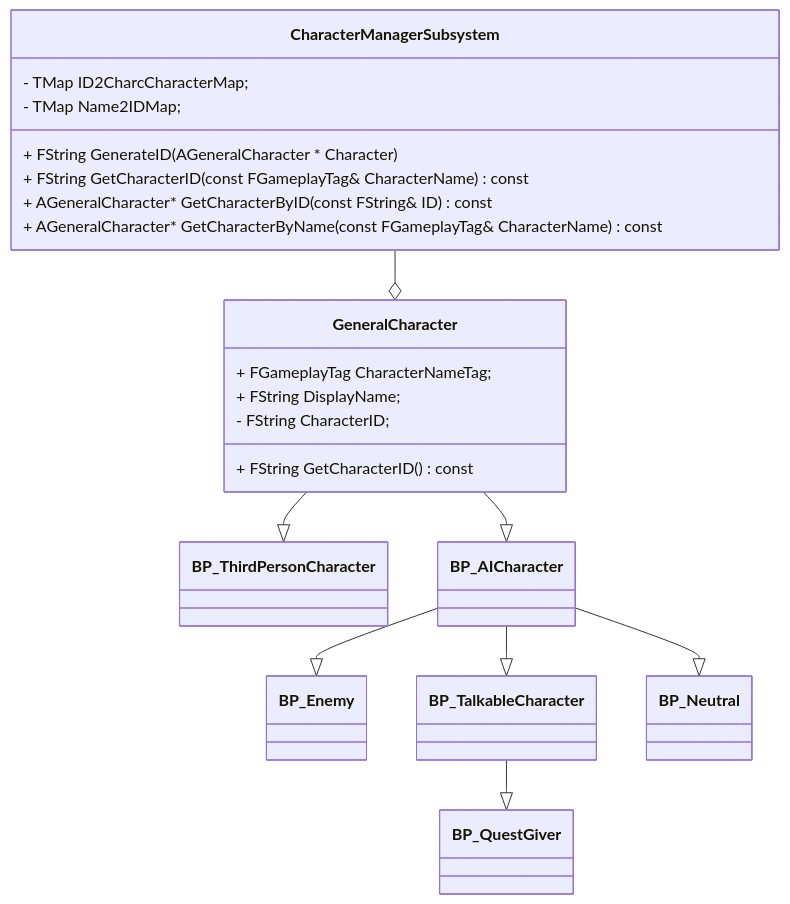
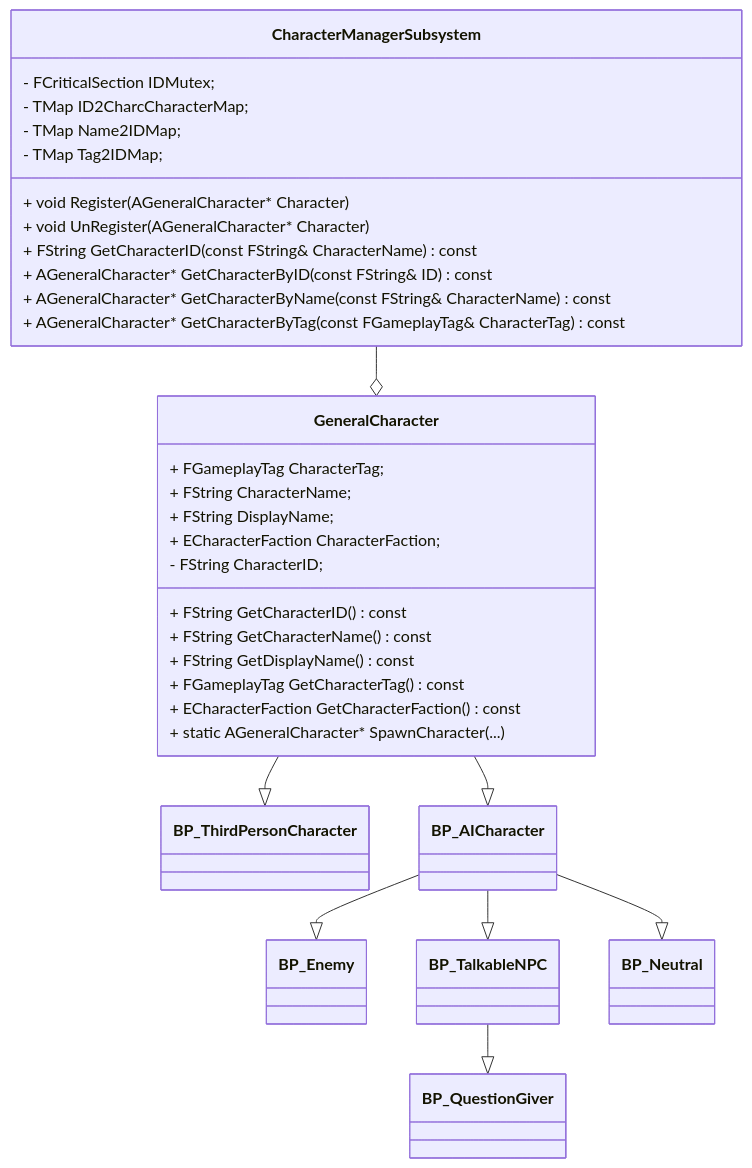
The diagram in Document/角色系统.md (getyo/ARPG_Learn), drawn with Mermaid before and after one commit. The commit also changed other lines of this file and 12 other files, not shown here.

````diff
--- a/Document/角色系统.md
+++ b/Document/角色系统.md
@@ -9,27 +9,38 @@
 ```mermaid
 classDiagram 
 	CharacterManagerSubsystem --o GeneralCharacter 
 	GeneralCharacter --|> BP_ThirdPersonCharacter
 	GeneralCharacter --|> BP_AICharacter
 	BP_AICharacter --|> BP_Enemy
-	BP_AICharacter --|> BP_TalkableCharacter
+	BP_AICharacter --|> BP_TalkableNPC
  	BP_AICharacter--|> BP_Neutral
-	BP_TalkableCharacter --|> BP_QuestGiver
+	BP_TalkableNPC --|> BP_QuestionGiver
 	
 	
 	class GeneralCharacter{
-		+ FGameplayTag CharacterNameTag;
+		+ FGameplayTag CharacterTag;
+		+ FString CharacterName;
 		+ FString DisplayName;
+		+ ECharacterFaction CharacterFaction;
 		- FString CharacterID;
 		+ FString GetCharacterID() const
+		+ FString GetCharacterName() const
+		+ FString GetDisplayName() const
+		+ FGameplayTag GetCharacterTag() const
+		+ ECharacterFaction GetCharacterFaction() const
+		+ static AGeneralCharacter* SpawnCharacter(...)
 
 	}
 	class CharacterManagerSubsystem{
+		- FCriticalSection IDMutex;
 		- TMap<FString,AGeneralCharacter*> ID2CharcCharacterMap;
-		- TMap<FGameplayTag,FString> Name2IDMap;
-		+ FString GenerateID(AGeneralCharacter * Character)
-		+ FString GetCharacterID(const FGameplayTag& CharacterName) const
+		- TMap<FString,FString> Name2IDMap;
+		- TMap<FGameplayTag,FString> Tag2IDMap;
+		+ void Register(AGeneralCharacter* Character)
+		+ void UnRegister(AGeneralCharacter* Character)
+		+ FString GetCharacterID(const FString& CharacterName) const
 		+ AGeneralCharacter* GetCharacterByID(const FString& ID) const
-		+ AGeneralCharacter* GetCharacterByName(const FGameplayTag& CharacterName) const
+		+ AGeneralCharacter* GetCharacterByName(const FString& CharacterName) const
+		+ AGeneralCharacter* GetCharacterByTag(const FGameplayTag& CharacterTag) const
 	}
 ```
````
